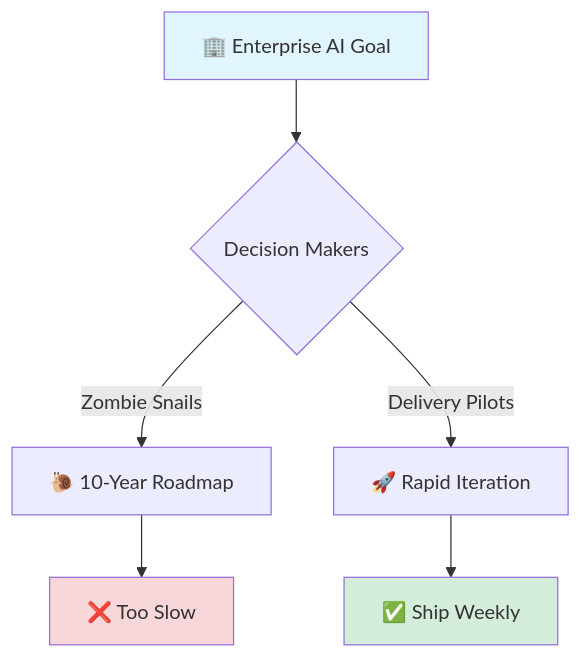
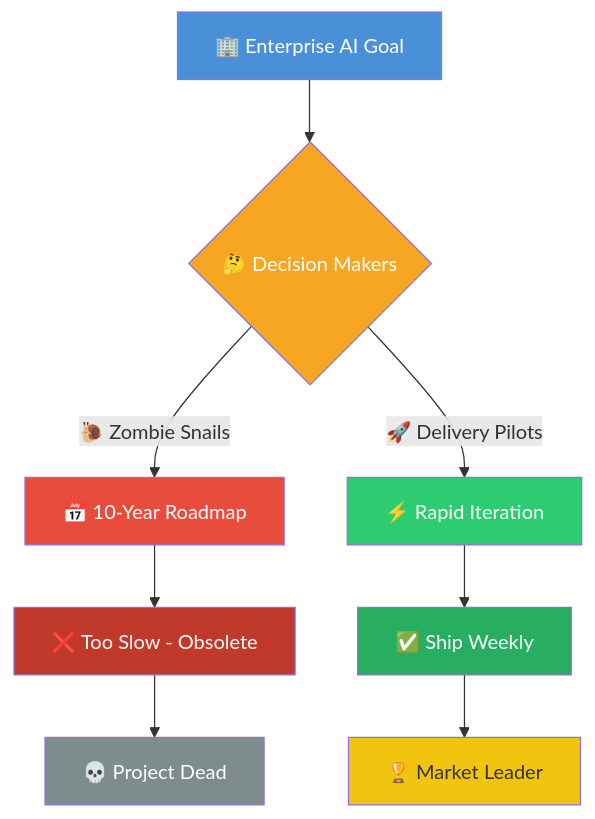
Before and after one commit to rifaterdemsahin/fal.ai: the diagram in 3_Simulation/2026-02-15/output/diagram_MM_01_scene_1_-_the_heavy_mic.md, drawn with Mermaid. The commit also changed other lines of this file and 22 other files, not shown here.

Commit message:
diagram with images

````diff
--- a/3_Simulation/2026-02-15/output/diagram_MM_01_scene_1_-_the_heavy_mic.md
+++ b/3_Simulation/2026-02-15/output/diagram_MM_01_scene_1_-_the_heavy_mic.md
@@ -6,12 +7,19 @@
 ```mermaid
 flowchart TB
-    A[🏢 Enterprise AI Goal] --> B{Decision Makers}
-    B -->|Zombie Snails| C[🐌 10-Year Roadmap]
-    B -->|Delivery Pilots| D[🚀 Rapid Iteration]
-    C --> E[❌ Too Slow]
-    D --> F[✅ Ship Weekly]
+    A["🏢 Enterprise AI Goal"] --> B{"🤔 Decision Makers"}
+    B -->|"🐌 Zombie Snails"| C["📅 10-Year Roadmap"]
+    B -->|"🚀 Delivery Pilots"| D["⚡ Rapid Iteration"]
+    C --> E["❌ Too Slow - Obsolete"]
+    D --> F["✅ Ship Weekly"]
+    E --> G["💀 Project Dead"]
+    F --> H["🏆 Market Leader"]
 
-    style A fill:#e1f5ff
-    style E fill:#f8d7da
-    style F fill:#d4edda
+    style A fill:#4a90d9,color:#fff
+    style B fill:#f5a623,color:#fff
+    style C fill:#e74c3c,color:#fff
+    style D fill:#2ecc71,color:#fff
+    style E fill:#c0392b,color:#fff
+    style F fill:#27ae60,color:#fff
+    style G fill:#7f8c8d,color:#fff
+    style H fill:#f1c40f,color:#333
 ```
````
